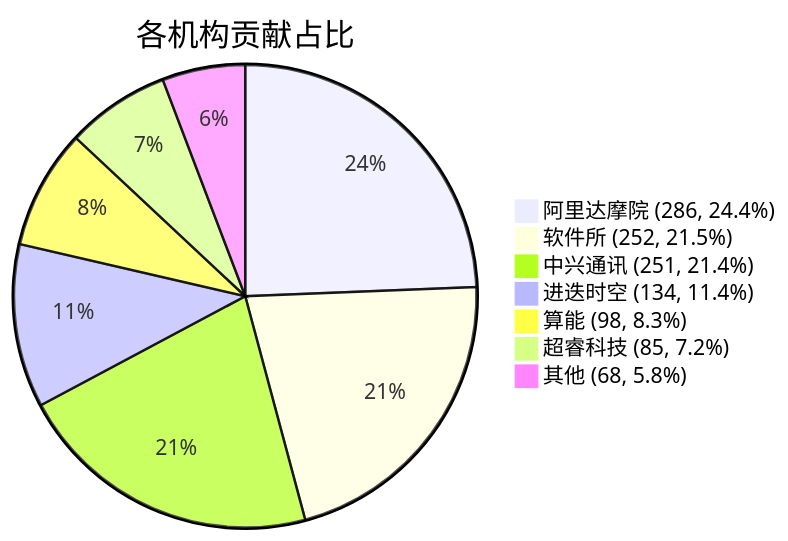
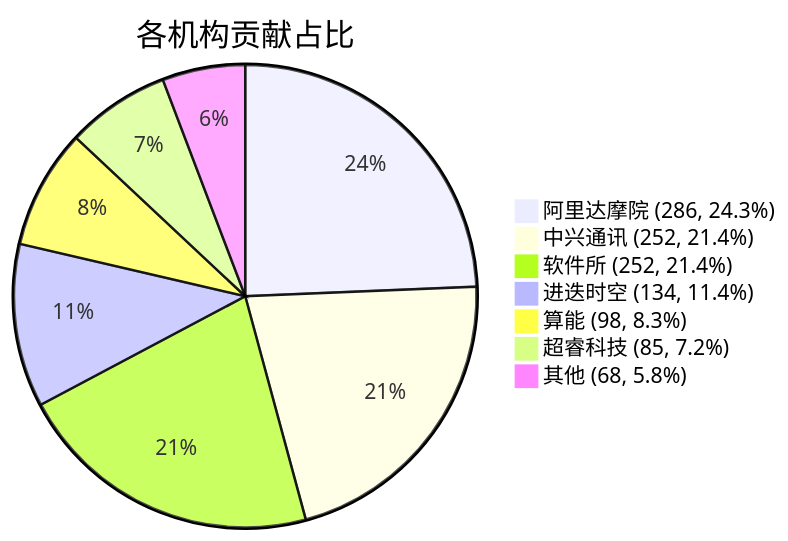
The diagram in docs/index.md (RVCK-Project/rvck), drawn with Mermaid before and after one commit. The commit also changed other lines of this file and 20 other files, not shown here.

````diff
--- a/docs/index.md
+++ b/docs/index.md
@@ -39,10 +39,10 @@
 ```mermaid
 pie title 各机构贡献占比
-    "阿里达摩院 (286, 24.4%)" : 286
-    "软件所 (252, 21.5%)" : 252
-    "中兴通讯 (251, 21.4%)" : 251
+    "阿里达摩院 (286, 24.3%)" : 286
+    "中兴通讯 (252, 21.4%)" : 252
+    "软件所 (252, 21.4%)" : 252
     "进迭时空 (134, 11.4%)" : 134
     "算能 (98, 8.3%)" : 98
     "超睿科技 (85, 7.2%)" : 85
     "其他 (68, 5.8%)" : 68
 ```
````
